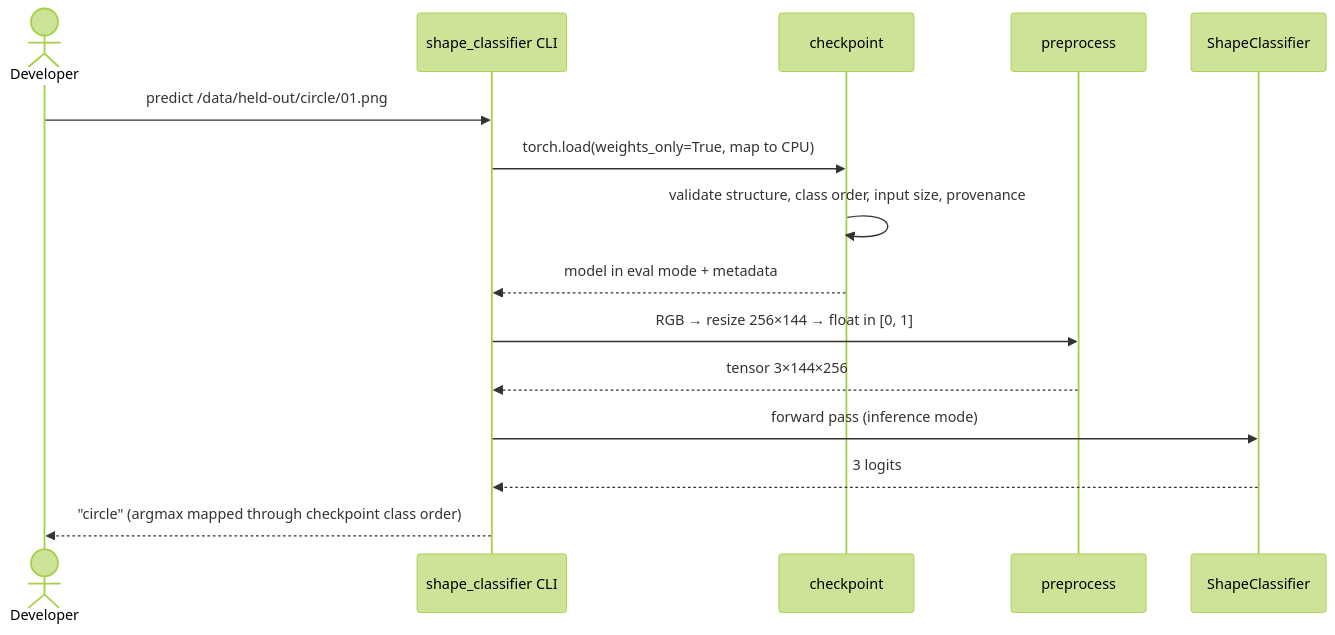
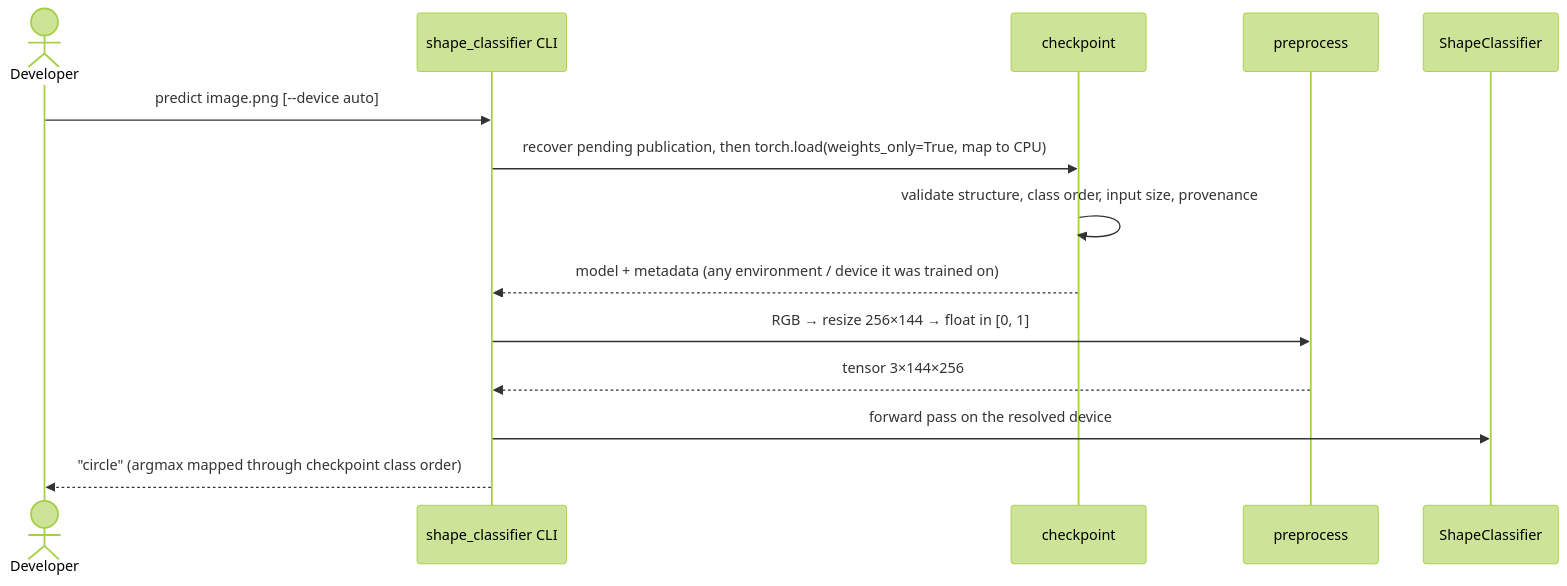
Before and after one commit to nal/ML: the ninth of 14 diagrams in CNN/image_classification/docs/hld/hld.md, drawn with Mermaid (forest theme). The commit also changed other lines of this file and 1 other file, not shown here.

First line of the commit message:
docs(hld): refresh design and slides for device benchmark

````diff
--- a/CNN/image_classification/docs/hld/hld.md
+++ b/CNN/image_classification/docs/hld/hld.md
@@ -190,17 +253,16 @@
 ```mermaid
 sequenceDiagram
   actor U as Developer
   participant CLI as shape_classifier CLI
   participant CK as checkpoint
   participant T as preprocess
   participant M as ShapeClassifier
-  U->>CLI: predict /data/held-out/circle/01.png
-  CLI->>CK: torch.load(weights_only=True, map to CPU)
+  U->>CLI: predict image.png [--device auto]
+  CLI->>CK: recover pending publication, then torch.load(weights_only=True, map to CPU)
   CK->>CK: validate structure, class order, input size, provenance
-  CK-->>CLI: model in eval mode + metadata
+  CK-->>CLI: model + metadata (any environment / device it was trained on)
   CLI->>T: RGB → resize 256×144 → float in [0, 1]
   T-->>CLI: tensor 3×144×256
-  CLI->>M: forward pass (inference mode)
-  M-->>CLI: 3 logits
+  CLI->>M: forward pass on the resolved device
   CLI-->>U: "circle" (argmax mapped through checkpoint class order)
 ```
````
